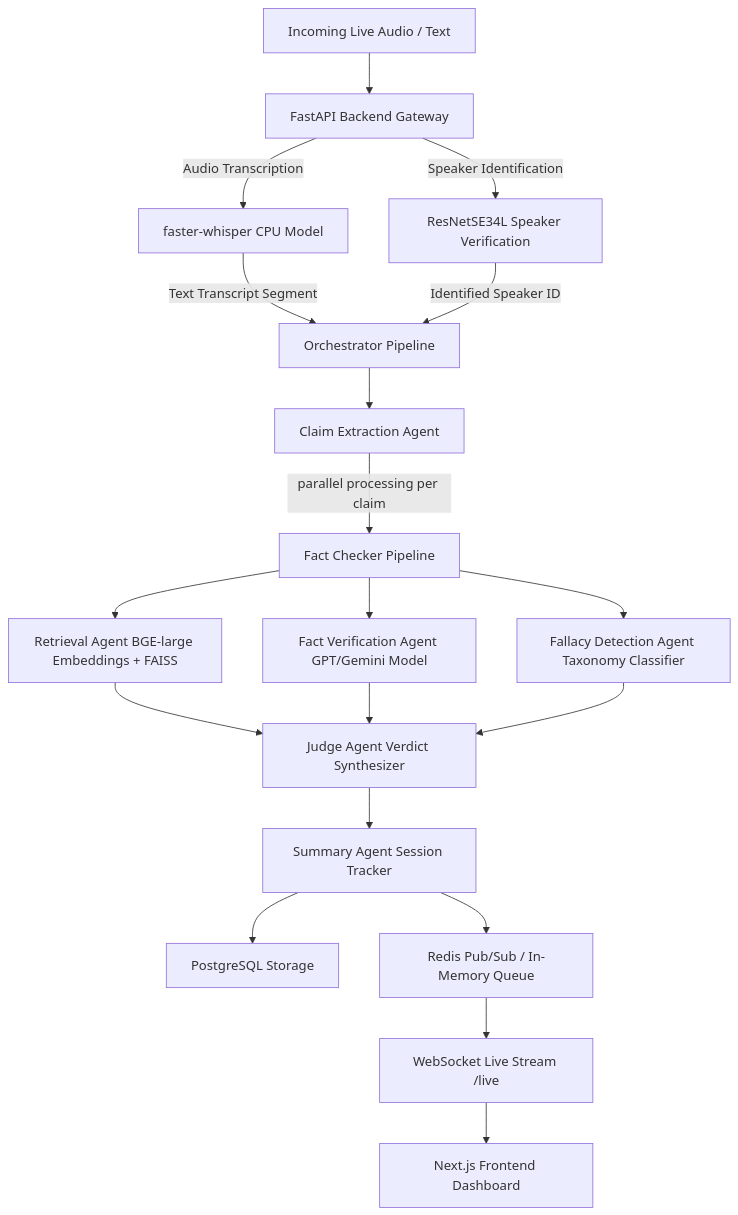
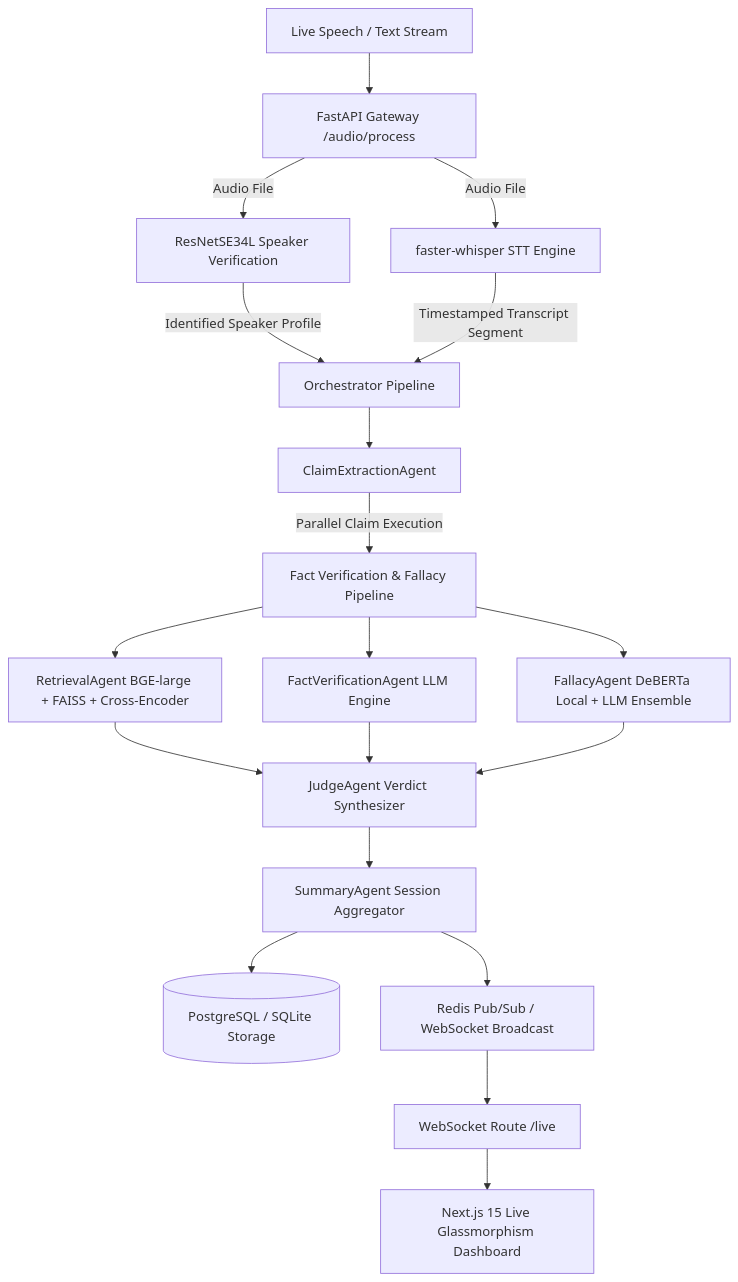
The diagram in README.md (Kanika0306/debateai), drawn with Mermaid before and after one commit. The commit also changed other lines of this file, not shown here.

````diff
--- a/README.md
+++ b/README.md
@@ -9,24 +12,24 @@
 ```mermaid
 graph TD
-    A[Incoming Live Audio / Text] --> B[FastAPI Backend Gateway]
-    B -->|Speaker Identification| C[ResNetSE34L Speaker Verification]
-    B -->|Audio Transcription| D[faster-whisper CPU Model]
+    A[Live Speech / Text Stream] --> B[FastAPI Gateway /audio/process]
+    B -->|Audio File| C[ResNetSE34L Speaker Verification]
+    B -->|Audio File| D[faster-whisper STT Engine]
     
-    D -->|Text Transcript Segment| E[Orchestrator Pipeline]
-    C -->|Identified Speaker ID| E
+    C -->|Identified Speaker Profile| E[Orchestrator Pipeline]
+    D -->|Timestamped Transcript Segment| E
     
-    E --> F[Claim Extraction Agent]
-    F -->|parallel processing per claim| G[Fact Checker Pipeline]
+    E --> F[ClaimExtractionAgent]
+    F -->|Parallel Claim Execution| G[Fact Verification & Fallacy Pipeline]
     
-    G --> H[Retrieval Agent BGE-large Embeddings + FAISS]
-    G --> I[Fact Verification Agent GPT/Gemini Model]
-    G --> J[Fallacy Detection Agent Taxonomy Classifier]
+    G --> H[RetrievalAgent BGE-large + FAISS + Cross-Encoder]
+    G --> I[FactVerificationAgent LLM Engine]
+    G --> J[FallacyAgent DeBERTa Local + LLM Ensemble]
     
-    H & I & J --> K[Judge Agent Verdict Synthesizer]
-    K --> L[Summary Agent Session Tracker]
+    H & I & J --> K[JudgeAgent Verdict Synthesizer]
+    K --> L[SummaryAgent Session Aggregator]
     
-    L --> M[PostgreSQL Storage]
-    L --> N[Redis Pub/Sub / In-Memory Queue]
-    N --> O[WebSocket Live Stream /live]
-    O --> P[Next.js Frontend Dashboard]
+    L --> M[(PostgreSQL / SQLite Storage)]
+    L --> N[Redis Pub/Sub / WebSocket Broadcast]
+    N --> O[WebSocket Route /live]
+    O --> P[Next.js 15 Live Glassmorphism Dashboard]
 ```
````
